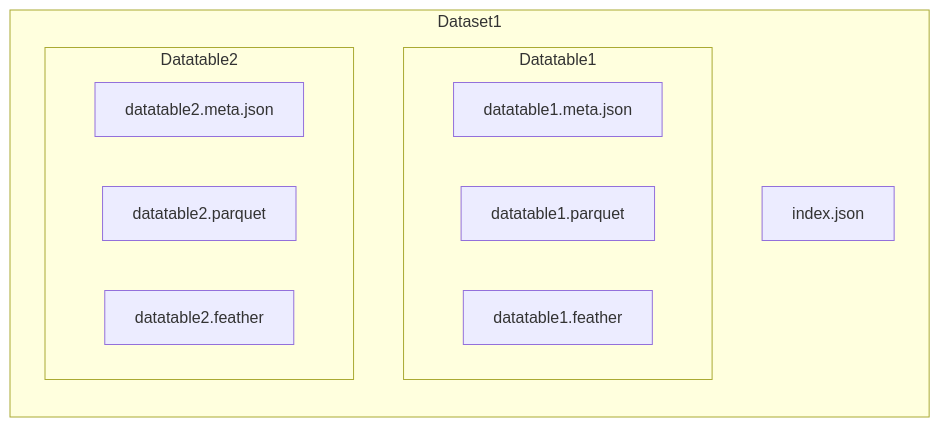
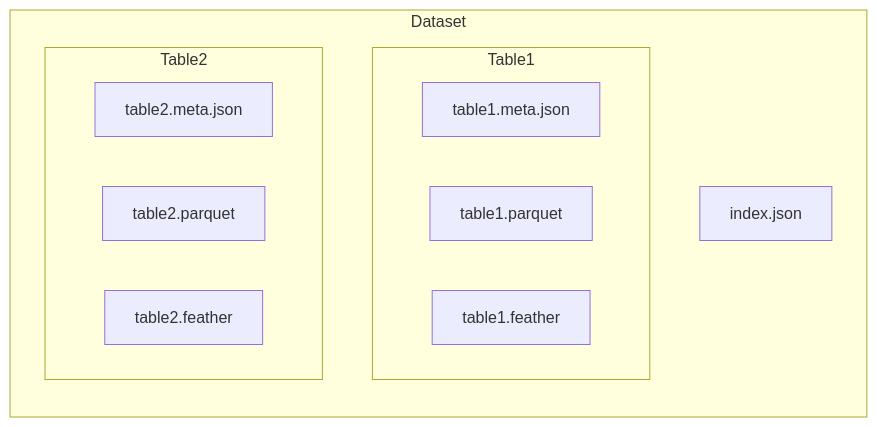
Before and after one commit to owid/etl: the third of 5 diagrams in docs/overview.rst, drawn with Mermaid. The commit also changed other lines of this file and 2 other files, not shown here.

Commit message:
docs: fix markup and diagrams

```diff
--- a/docs/overview.rst
+++ b/docs/overview.rst
@@ -49,20 +49,20 @@
 .. mermaid::
     :align: center
 
     flowchart LR
-      subgraph Dataset1
+      subgraph Dataset
         direction TB
         index.json
-        subgraph Datatable1
+        subgraph Table1
             direction RL
-            datatable1.meta.json
-            datatable1.parquet
-            datatable1.feather
+            table1.meta.json
+            table1.parquet
+            table1.feather
         end
-        subgraph Datatable2
+        subgraph Table2
             direction RL
-            datatable2.meta.json
-            datatable2.parquet
-            datatable2.feather
+            table2.meta.json
+            table2.parquet
+            table2.feather
         end
       end
```
